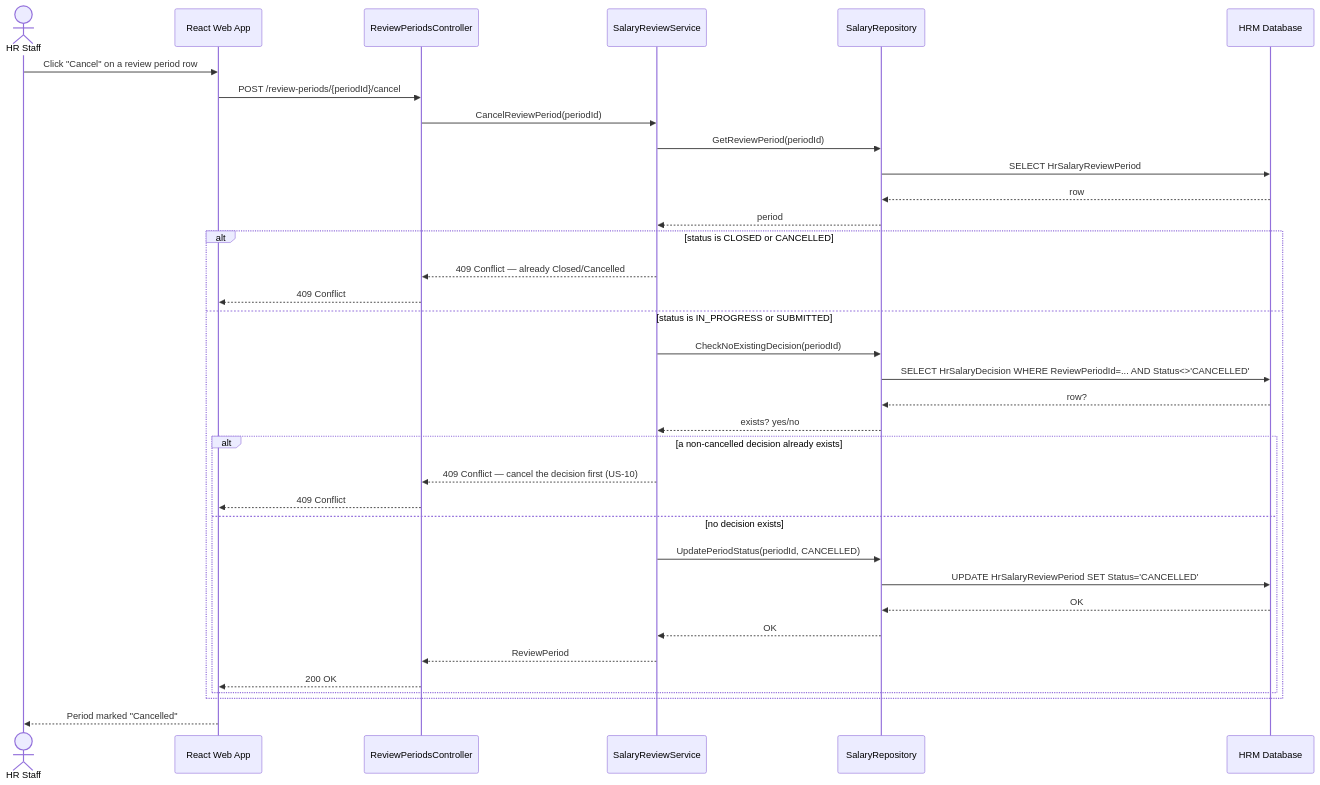
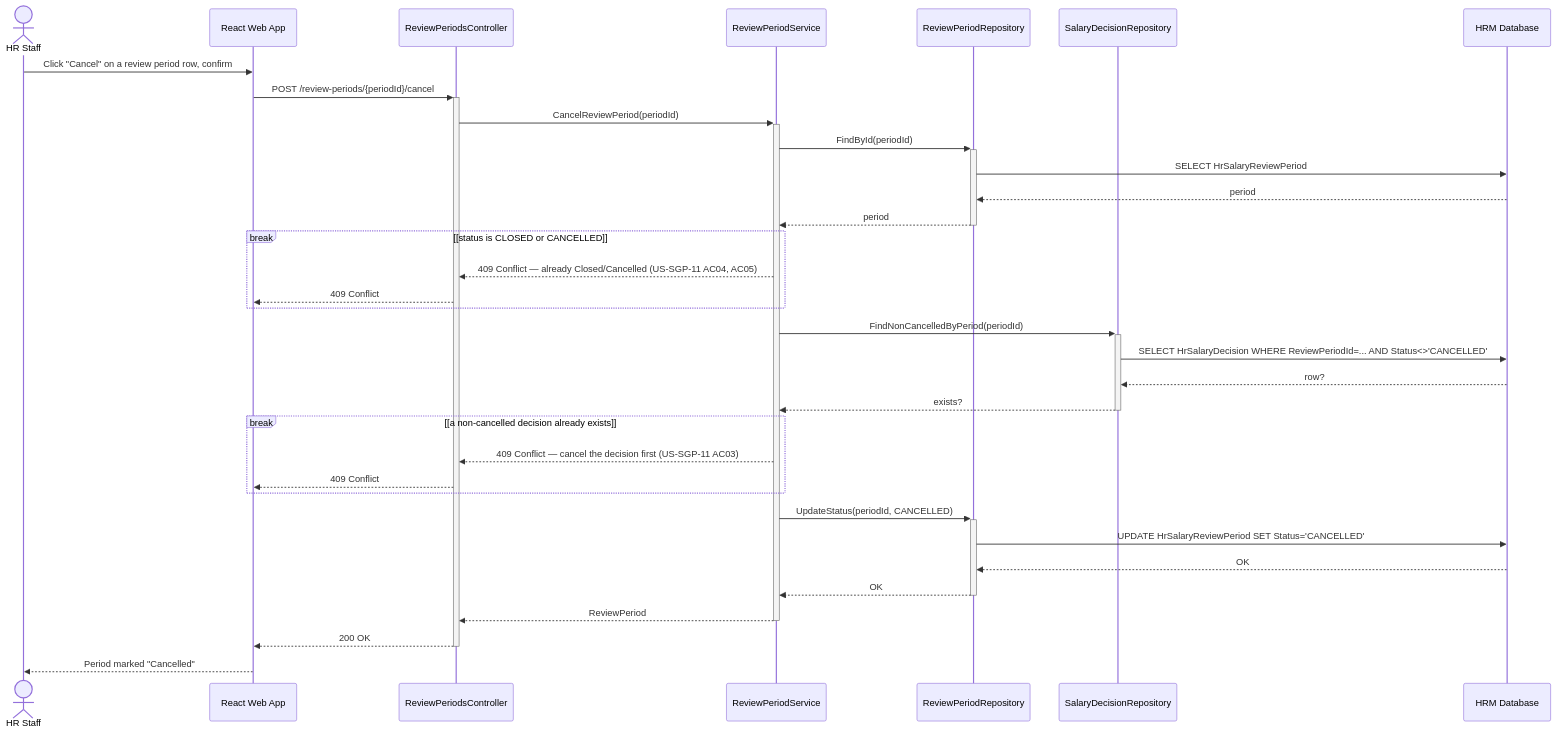
Before and after one commit to sang2197/QuanLyNhanSu-NguyenVanSang: diagram 19 of 20 in Docs/DetailedDesign/SequenceDiagrams.md, drawn with Mermaid. The commit also changed other lines of this file and 30 other files, not shown here.

````diff
--- a/Docs/DetailedDesign/SequenceDiagrams.md
+++ b/Docs/DetailedDesign/SequenceDiagrams.md
@@ -230,38 +820,37 @@
 ```mermaid
 sequenceDiagram
     actor HR as HR Staff
     participant FE as React Web App
     participant API as ReviewPeriodsController
-    participant SVC as SalaryReviewService
-    participant REPO as SalaryRepository
+    participant SVC as ReviewPeriodService
+    participant PREPO as ReviewPeriodRepository
+    participant DREPO as SalaryDecisionRepository
     participant DB as HRM Database
 
-    HR->>FE: Click "Cancel" on a review period row
-    FE->>API: POST /review-periods/{periodId}/cancel
-    API->>SVC: CancelReviewPeriod(periodId)
-    SVC->>REPO: GetReviewPeriod(periodId)
-    REPO->>DB: SELECT HrSalaryReviewPeriod
-    DB-->>REPO: row
-    REPO-->>SVC: period
-    alt status is CLOSED or CANCELLED
-        SVC-->>API: 409 Conflict — already Closed/Cancelled
+    HR->>FE: Click "Cancel" on a review period row, confirm
+    FE->>+API: POST /review-periods/{periodId}/cancel
+    API->>+SVC: CancelReviewPeriod(periodId)
+    SVC->>+PREPO: FindById(periodId)
+    PREPO->>DB: SELECT HrSalaryReviewPeriod
+    DB-->>PREPO: period
+    PREPO-->>-SVC: period
+    break [status is CLOSED or CANCELLED]
+        SVC-->>API: 409 Conflict — already Closed/Cancelled (US-SGP-11 AC04, AC05)
         API-->>FE: 409 Conflict
-    else status is IN_PROGRESS or SUBMITTED
-        SVC->>REPO: CheckNoExistingDecision(periodId)
-        REPO->>DB: SELECT HrSalaryDecision WHERE ReviewPeriodId=... AND Status<>'CANCELLED'
-        DB-->>REPO: row?
-        REPO-->>SVC: exists? yes/no
-        alt a non-cancelled decision already exists
-            SVC-->>API: 409 Conflict — cancel the decision first (US-10)
-            API-->>FE: 409 Conflict
-        else no decision exists
-            SVC->>REPO: UpdatePeriodStatus(periodId, CANCELLED)
-            REPO->>DB: UPDATE HrSalaryReviewPeriod SET Status='CANCELLED'
-            DB-->>REPO: OK
-            REPO-->>SVC: OK
-            SVC-->>API: ReviewPeriod
-            API-->>FE: 200 OK
-        end
     end
+    SVC->>+DREPO: FindNonCancelledByPeriod(periodId)
+    DREPO->>DB: SELECT HrSalaryDecision WHERE ReviewPeriodId=... AND Status<>'CANCELLED'
+    DB-->>DREPO: row?
+    DREPO-->>-SVC: exists?
+    break [a non-cancelled decision already exists]
+        SVC-->>API: 409 Conflict — cancel the decision first (US-SGP-11 AC03)
+        API-->>FE: 409 Conflict
+    end
+    SVC->>+PREPO: UpdateStatus(periodId, CANCELLED)
+    PREPO->>DB: UPDATE HrSalaryReviewPeriod SET Status='CANCELLED'
+    DB-->>PREPO: OK
+    PREPO-->>-SVC: OK
+    SVC-->>-API: ReviewPeriod
+    API-->>-FE: 200 OK
     FE-->>HR: Period marked "Cancelled"
 ```
````
